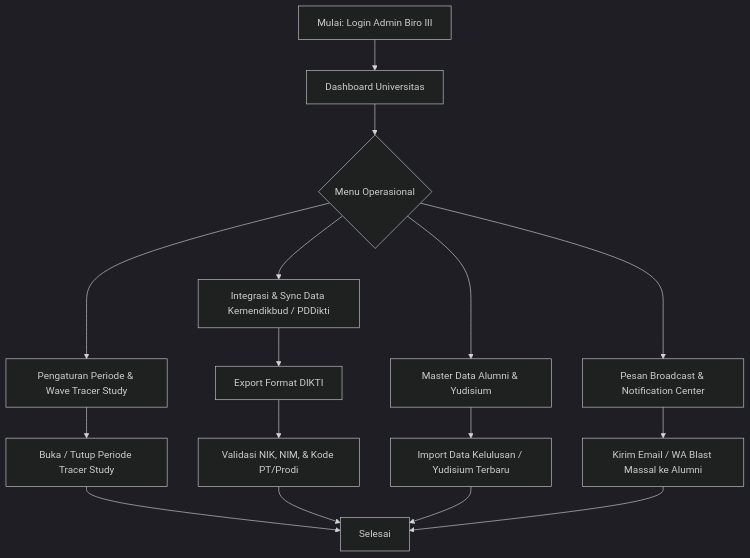
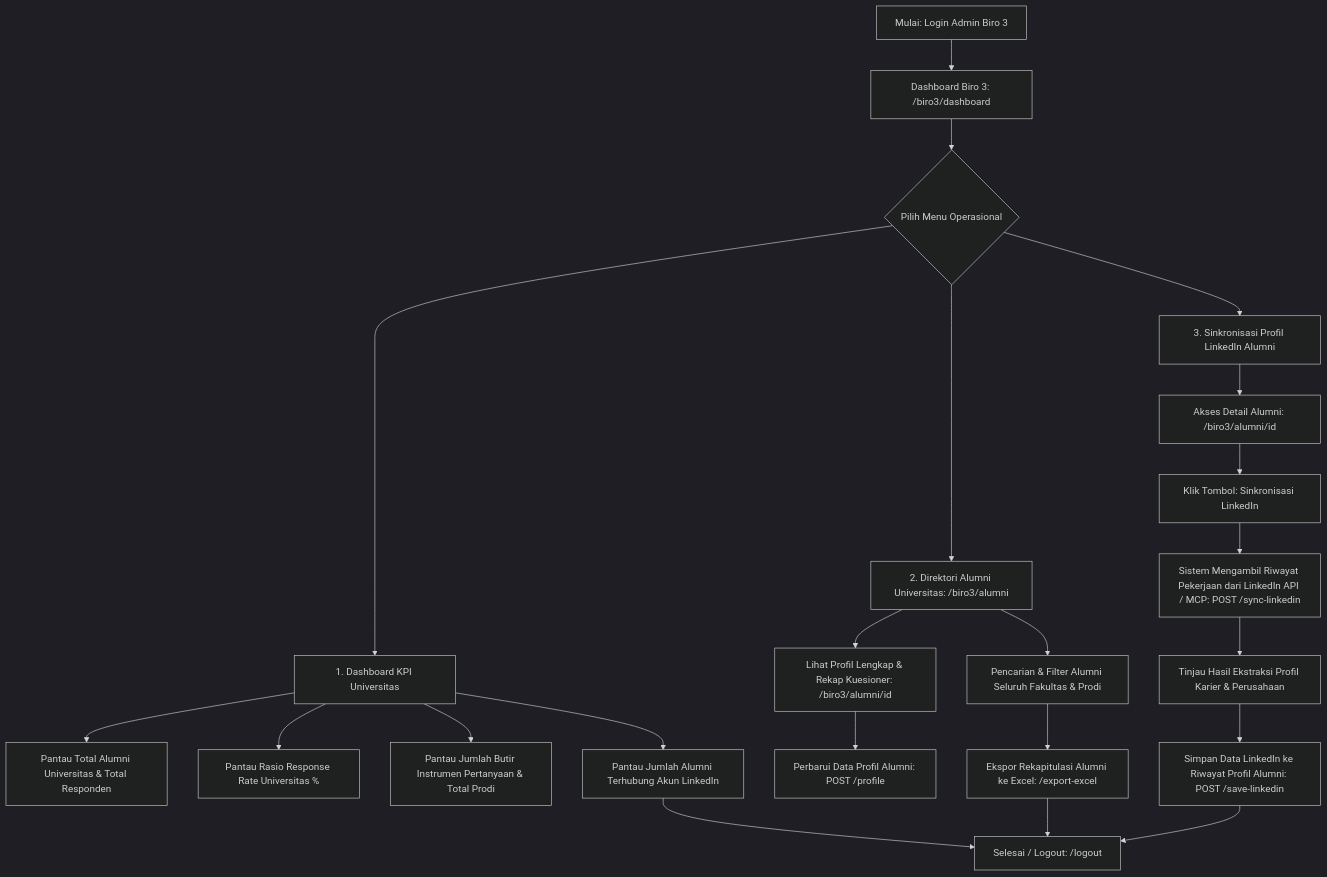
One commit to claraanjelitakd/tracer-ta changed the fourth of 7 diagrams in docs/user-flow.md. Above: the diagram before and after it, drawn with Mermaid (dark theme). The commit also changed other lines of this file, not shown here.

Commit message:
docs: align user flow and mermaid diagrams with actual codebase per role

````diff
--- a/docs/user-flow.md
+++ b/docs/user-flow.md
@@ -146,23 +239,28 @@
 ```mermaid
 flowchart TD
-    A[Mulai: Login Admin Biro III] --> B[Dashboard Universitas]
-    B --> C{Menu Operasional}
+    A[Mulai: Login Admin Biro 3] --> B[Dashboard Biro 3: /biro3/dashboard]
+    B --> C{Pilih Menu Operasional}
 
-    C --> D[Pengaturan Periode & Wave Tracer Study]
-    D --> D1[Buka / Tutup Periode Tracer Study]
+    C --> D[1. Dashboard KPI Universitas]
+    D --> D1[Pantau Total Alumni Universitas & Total Responden]
+    D --> D2[Pantau Rasio Response Rate Universitas %]
+    D --> D3[Pantau Jumlah Butir Instrumen Pertanyaan & Total Prodi]
+    D --> D4[Pantau Jumlah Alumni Terhubung Akun LinkedIn]
 
-    C --> E[Integrasi & Sync Data Kemendikbud / PDDikti]
-    E --> E1[Export Format DIKTI]
-    E1 --> E2[Validasi NIK, NIM, & Kode PT/Prodi]
+    C --> E[2. Direktori Alumni Universitas: /biro3/alumni]
+    E --> E1[Pencarian & Filter Alumni Seluruh Fakultas & Prodi]
+    E --> E2[Lihat Profil Lengkap & Rekap Kuesioner: /biro3/alumni/id]
+    E2 --> E3[Perbarui Data Profil Alumni: POST /profile]
+    E1 --> E4[Ekspor Rekapitulasi Alumni ke Excel: /export-excel]
 
-    C --> F[Master Data Alumni & Yudisium]
-    F --> F1[Import Data Kelulusan / Yudisium Terbaru]
+    C --> F[3. Sinkronisasi Profil LinkedIn Alumni]
+    F --> F1[Akses Detail Alumni: /biro3/alumni/id]
+    F1 --> F2[Klik Tombol: Sinkronisasi LinkedIn]
+    F2 --> F3[Sistem Mengambil Riwayat Pekerjaan dari LinkedIn API / MCP: POST /sync-linkedin]
+    F3 --> F4[Tinjau Hasil Ekstraksi Profil Karier & Perusahaan]
+    F4 --> F5[Simpan Data LinkedIn ke Riwayat Profil Alumni: POST /save-linkedin]
 
-    C --> G[Pesan Broadcast & Notification Center]
-    G --> G1[Kirim Email / WA Blast Massal ke Alumni]
-
-    D1 --> H[Selesai]
-    E2 --> H
-    F1 --> H
-    G1 --> H
+    D4 --> Z[Selesai / Logout: /logout]
+    E4 --> Z
+    F5 --> Z
 ```
````
